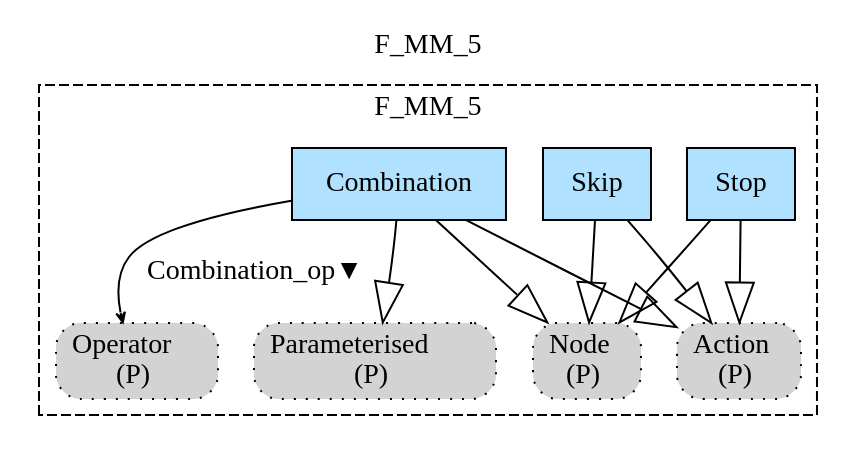
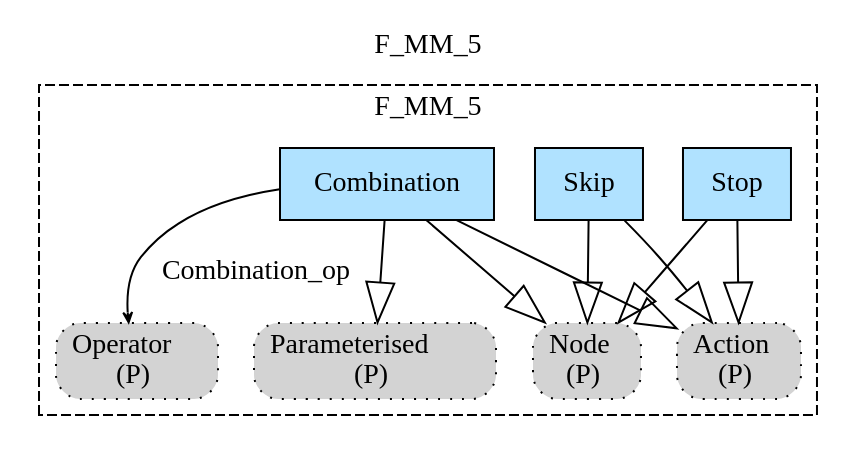
One commit to namalio/Fragmenta changed the diagram in Haskell/PCs/MM/img/F_MM_5.gv. Above: the diagram before and after it, drawn with Graphviz. The commit also changed 157 other files, not shown here.

```diff
--- a/Haskell/PCs/MM/img/F_MM_5.gv
+++ b/Haskell/PCs/MM/img/F_MM_5.gv
@@ -1,25 +1,25 @@
 digraph {graph[label=F_MM_5,labelloc=tl,labelfontsize=12];
 subgraph cluster_F_MM_5{style=dashed;label=F_MM_5;
 "PNode"[shape=box,fillcolor=lightgray,style ="rounded,filled,dotted",label=<Node<br/>(P)>];
 "PParameterised"[shape=box,fillcolor=lightgray,style ="rounded,filled,dotted",label=<Parameterised<br/>(P)>];
+"PAction"[shape=box,fillcolor=lightgray,style ="rounded,filled,dotted",label=<Action<br/>(P)>];
+"POperator"[shape=box,fillcolor=lightgray,style ="rounded,filled,dotted",label=<Operator<br/>(P)>];
 "Stop"[shape=record,fillcolor=lightskyblue1,style = filled,label="Stop"];
 "Skip"[shape=record,fillcolor=lightskyblue1,style = filled,label="Skip"];
-"PAction"[shape=box,fillcolor=lightgray,style ="rounded,filled,dotted",label=<Action<br/>(P)>];
 "Combination"[shape=record,fillcolor=lightskyblue1,style = filled,label="Combination"];
-"POperator"[shape=box,fillcolor=lightgray,style ="rounded,filled,dotted",label=<Operator<br/>(P)>];
 
 "Stop"->"PNode"[arrowhead=onormal,arrowsize=2.0];
 "Skip"->"PNode"[arrowhead=onormal,arrowsize=2.0];
 "Combination"->"PNode"[arrowhead=onormal,arrowsize=2.0];
 "Combination"->"PParameterised"[arrowhead=onormal,arrowsize=2.0];
 "Stop"->"PAction"[arrowhead=onormal,arrowsize=2.0];
 "Skip"->"PAction"[arrowhead=onormal,arrowsize=2.0];
 "Combination"->"PAction"[arrowhead=onormal,arrowsize=2.0];
-"Combination"->"POperator"[label="Combination_op▼",arrowhead=vee,headlabel="",arrowsize=.5];
+"Combination"->"POperator"[label="Combination_op",arrowhead=vee,headlabel="",arrowsize=.5];
 
 }
 
 
 
 
 }
```
